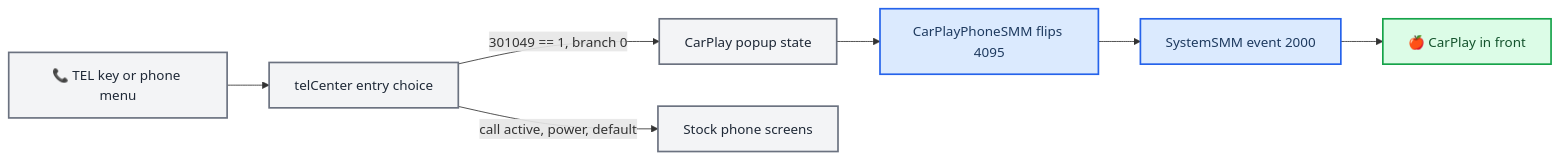
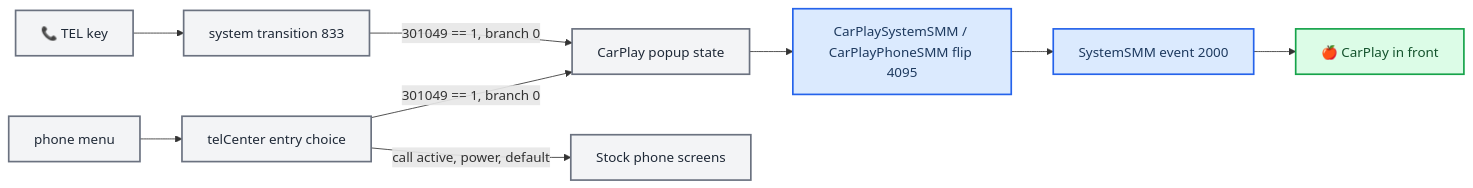
The second of 2 diagrams in docs/cluster-and-rgi/CARPLAY_TELEPHONY.md (luka-dev/mib2q-carplay-rgi), drawn with Mermaid before and after one commit. The commit also changed other lines of this file and 4 other files, not shown here.

First line of the commit message:
telephony: skip the CarPlay popup on the TEL key too (system transition 833)

````diff
--- a/docs/cluster-and-rgi/CARPLAY_TELEPHONY.md
+++ b/docs/cluster-and-rgi/CARPLAY_TELEPHONY.md
@@ -115,19 +120,21 @@
 ```mermaid
 flowchart LR
   accTitle: HU phone app entry during CarPlay
-  accDescr: Pressing TEL or opening the phone menu enters telCenter, whose entry choice picks the CarPlay popup while 301049 is 1. CarPlayPhoneSMM sees that branch taken and flips model 4095, and the system state machine switches the screen to CarPlay.
+  accDescr: The TEL key reaches the popup through system transition 833 and the phone menu through the phone entry choices, both while 301049 is 1. CarPlaySystemSMM or CarPlayPhoneSMM sees that branch taken and flips model 4095, and the system state machine switches the screen to CarPlay.
 
-  tel_key["📞 TEL key or phone menu"] --> tel_center["telCenter entry choice"]
-  tel_center -->|"301049 == 1, branch 0"| popup["CarPlay popup state"]
+  tel_key["📞 TEL key"] --> sys_833["system transition 833"]
+  phone_menu["phone menu"] --> tel_center["telCenter entry choice"]
+  sys_833 -->|"301049 == 1, branch 0"| popup["CarPlay popup state"]
+  tel_center -->|"301049 == 1, branch 0"| popup
   tel_center -->|"call active, power, default"| stock_screens["Stock phone screens"]
-  popup --> skip["CarPlayPhoneSMM flips 4095"]
+  popup --> skip["CarPlaySystemSMM / CarPlayPhoneSMM flip 4095"]
   skip --> system_sm["SystemSMM event 2000"]
   system_sm --> carplay["🍎 CarPlay in front"]
 
   classDef primary fill:#dbeafe,stroke:#2563eb,stroke-width:2px,color:#1e3a5f
   classDef success fill:#dcfce7,stroke:#16a34a,stroke-width:2px,color:#14532d
   classDef neutral fill:#f3f4f6,stroke:#6b7280,stroke-width:2px,color:#1f2937
-  class tel_key,tel_center,popup,stock_screens neutral
+  class tel_key,phone_menu,sys_833,tel_center,popup,stock_screens neutral
   class skip,system_sm primary
   class carplay success
 ```
````
